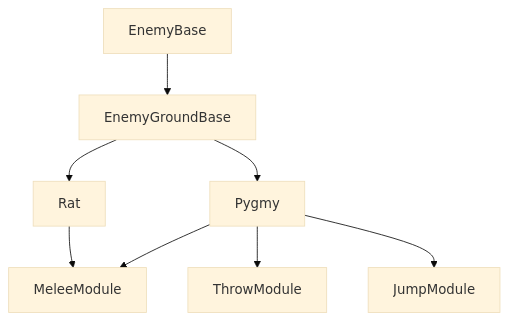
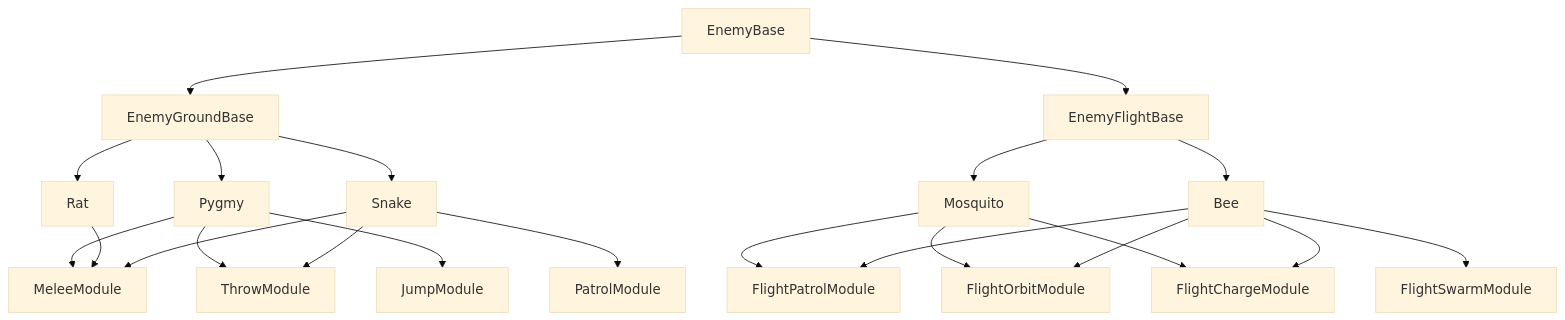
One commit to Steph4477/IslandEvolution-GodotEngine changed the first of 2 diagrams in README.md. Above: the diagram before and after it, drawn with Mermaid (base theme).

Commit message:
feature(README): Ajout de l'architecture modulaire des enemies volants (Mermaid)

````diff
--- a/README.md
+++ b/README.md
@@ -163,14 +163,33 @@
 ```mermaid
 flowchart TD
 
 EnemyBase --> EnemyGroundBase
+EnemyBase --> EnemyFlightBase
 
 EnemyGroundBase --> Rat
 EnemyGroundBase --> Pygmy
+EnemyGroundBase --> Snake
+EnemyFlightBase --> Mosquito
+EnemyFlightBase --> Bee
 
 Pygmy --> MeleeModule
 Pygmy --> ThrowModule
 Pygmy --> JumpModule
 
 Rat --> MeleeModule
+
+Snake --> MeleeModule
+Snake --> PatrolModule
+Snake --> ThrowModule
+
+Mosquito --> FlightPatrolModule
+Mosquito --> FlightOrbitModule
+Mosquito --> FlightChargeModule
+
+Bee --> FlightPatrolModule
+Bee --> FlightOrbitModule
+Bee --> FlightChargeModule
+Bee --> FlightSwarmModule
+
+
 ```
````
